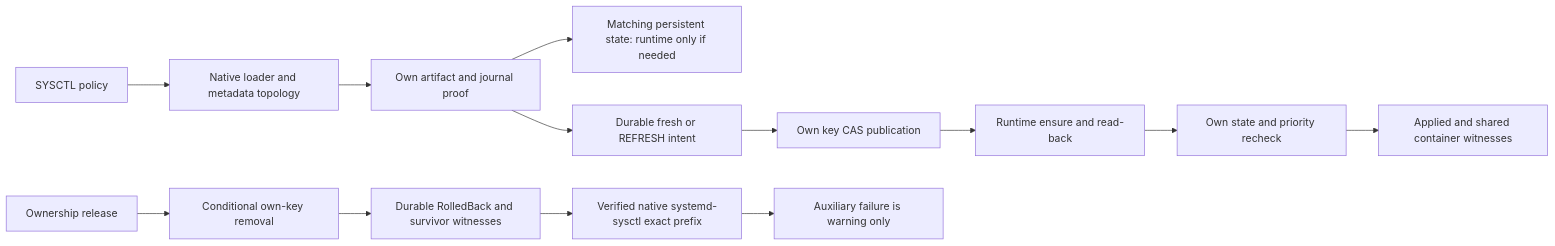
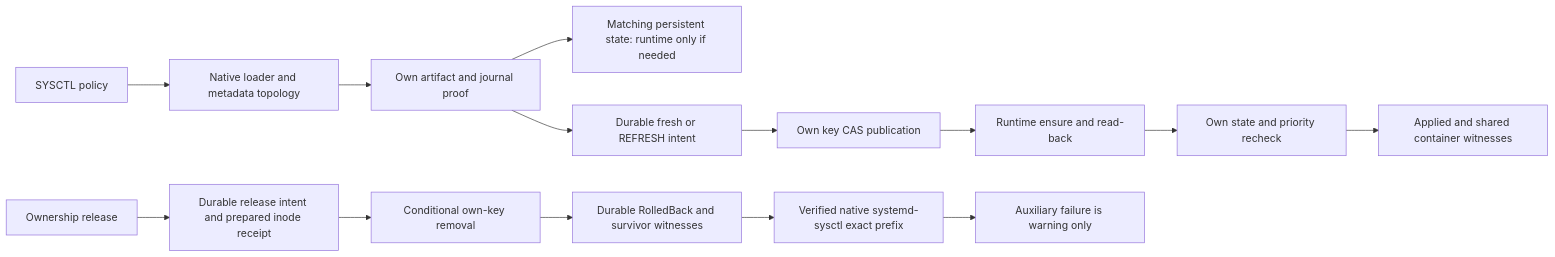
Before and after one commit to RevoltStar/FIC: diagram 13 of 21 in docs/architecture-diagrams.md, drawn with Mermaid. The commit also changed 18 other files, not shown here.

Commit message:
fix(sysctl): persist release intent and prepared inode before publication

````diff
--- a/docs/architecture-diagrams.md
+++ b/docs/architecture-diagrams.md
@@ -649,15 +649,16 @@
 ```mermaid
 flowchart LR
     policy[SYSCTL policy] --> admission[Native loader and metadata topology]
     admission --> owned[Own artifact and journal proof]
     owned --> unchanged[Matching persistent state: runtime only if needed]
     owned --> prepare[Durable fresh or REFRESH intent]
     prepare --> cas[Own key CAS publication]
     cas --> runtime[Runtime ensure and read-back]
     runtime --> verify[Own state and priority recheck]
     verify --> commit[Applied and shared container witnesses]
-    release[Ownership release] --> physical[Conditional own-key removal]
+    release[Ownership release] --> intent[Durable release intent and prepared inode receipt]
+    intent --> physical[Conditional own-key removal]
     physical --> terminal[Durable RolledBack and survivor witnesses]
     terminal --> native[Verified native systemd-sysctl exact prefix]
     native --> warning[Auxiliary failure is warning only]
 ```
````
